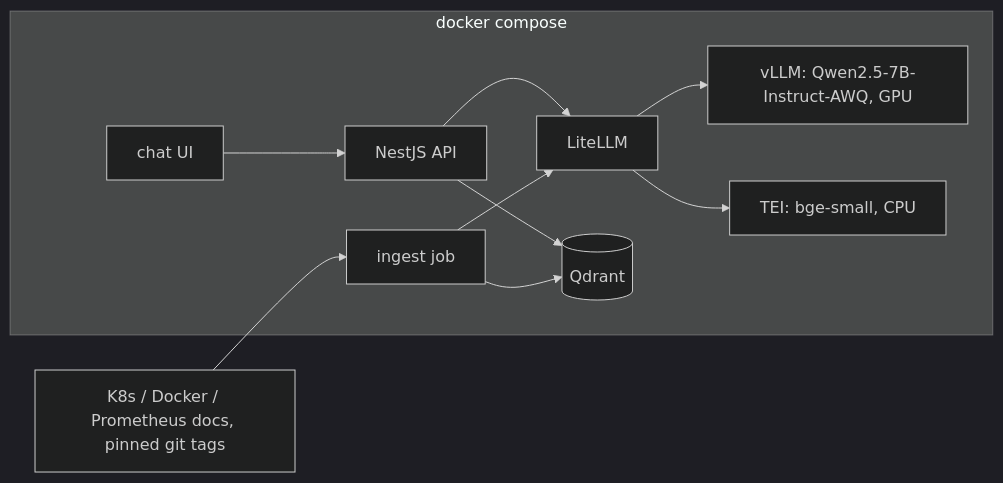
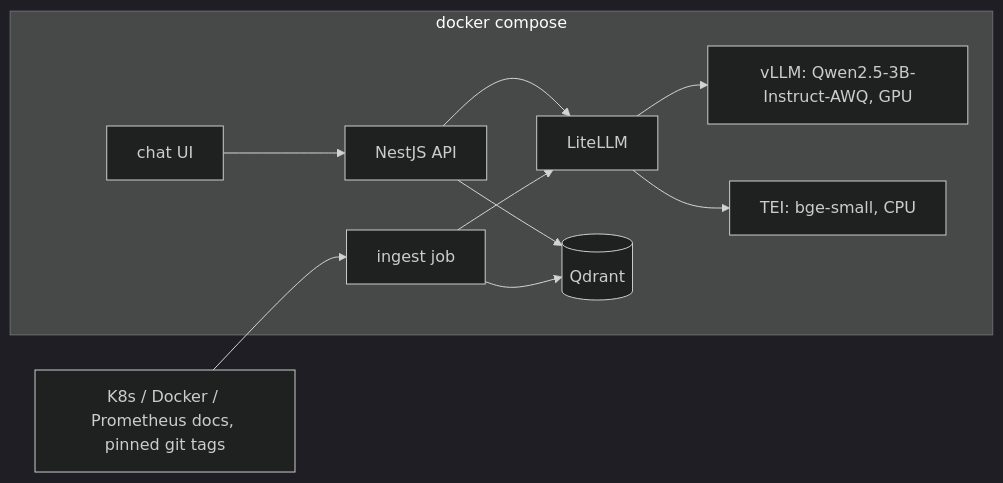
One commit to shing3tsu/docsage changed the diagram in README.md. Above: the diagram before and after it, drawn with Mermaid (dark theme). The commit also changed other lines of this file and 1 other file, not shown here.

Commit message:
Switch to the pinned 3B Qwen model so the 8 GB GPU has room for a KV cache.

````diff
--- a/README.md
+++ b/README.md
@@ -21,13 +21,13 @@
 ```mermaid
 flowchart LR
   subgraph compose[docker compose]
     UI[chat UI] --> API[NestJS API]
     API --> GW[LiteLLM]
-    GW --> V[vLLM: Qwen2.5-7B-Instruct-AWQ, GPU]
+    GW --> V[vLLM: Qwen2.5-3B-Instruct-AWQ, GPU]
     GW --> E[TEI: bge-small, CPU]
     API --> Q[(Qdrant)]
     ING[ingest job] --> GW
     ING --> Q
   end
   DOCS[K8s / Docker / Prometheus docs, pinned git tags] --> ING
 ```
````
